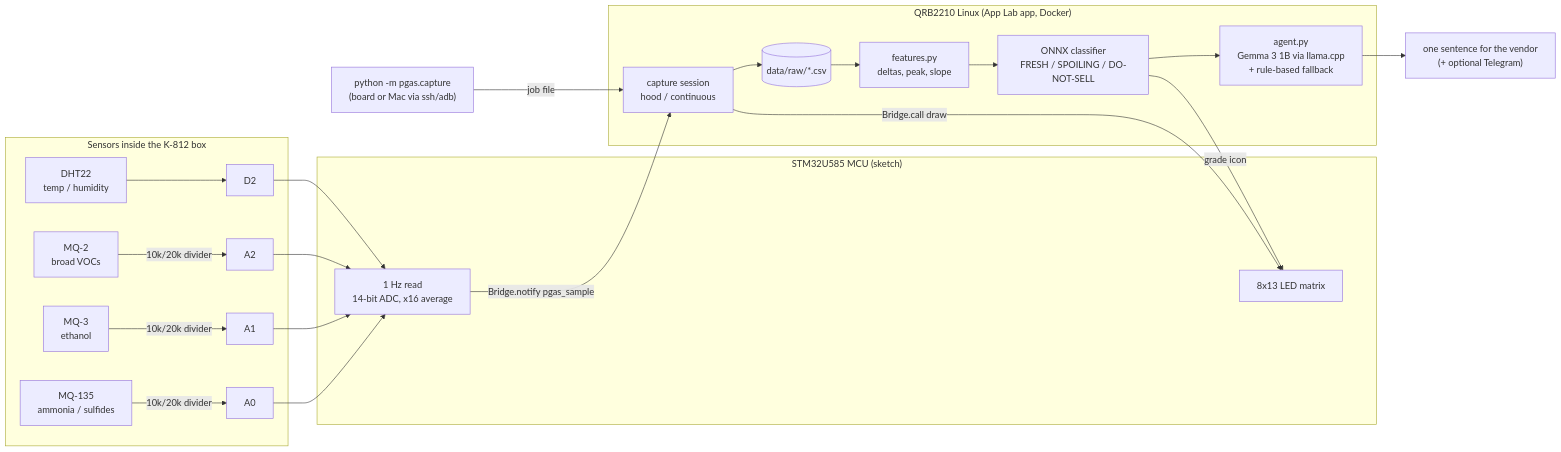
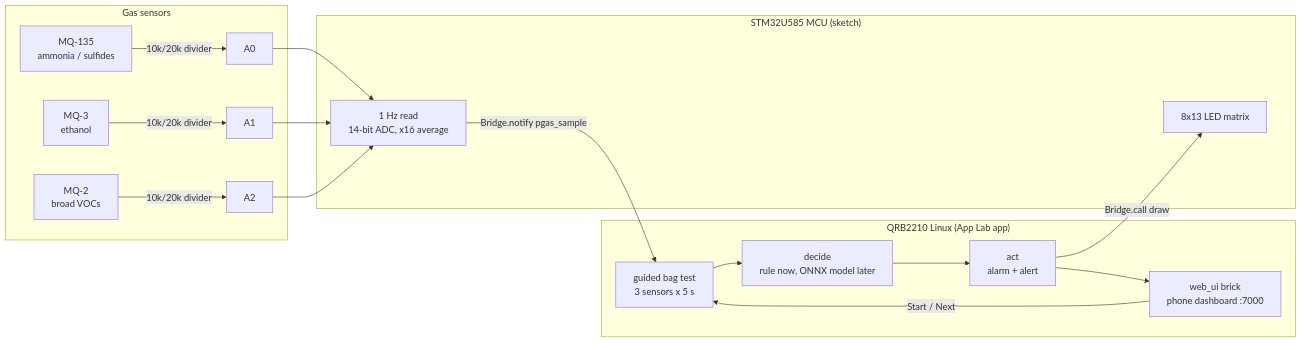
Before and after one commit to PGASlab/app: the diagram in README.md, drawn with Mermaid. The commit also changed other lines of this file and 14 other files, not shown here.

````diff
--- a/README.md
+++ b/README.md
@@ -32,24 +87,20 @@
 ```mermaid
 flowchart LR
-  subgraph Sensors["Sensors inside the K-812 box"]
+  subgraph Sensors["Gas sensors"]
     MQ135["MQ-135<br/>ammonia / sulfides"] -->|"10k/20k divider"| A0
     MQ3["MQ-3<br/>ethanol"] -->|"10k/20k divider"| A1
     MQ2["MQ-2<br/>broad VOCs"] -->|"10k/20k divider"| A2
-    DHT["DHT22<br/>temp / humidity"] --> D2
   end
   subgraph MCU["STM32U585 MCU (sketch)"]
-    A0 & A1 & A2 & D2 --> READ["1 Hz read<br/>14-bit ADC, x16 average"]
+    A0 & A1 & A2 --> READ["1 Hz read<br/>14-bit ADC, x16 average"]
     MATRIX["8x13 LED matrix"]
   end
-  subgraph LINUX["QRB2210 Linux (App Lab app, Docker)"]
-    SESSION["capture session<br/>hood / continuous"] --> CSV[("data/raw/*.csv")]
-    CSV --> FEAT["features.py<br/>deltas, peak, slope"]
-    FEAT --> ONNX["ONNX classifier<br/>FRESH / SPOILING / DO-NOT-SELL"]
-    ONNX --> AGENT["agent.py<br/>Gemma 3 1B via llama.cpp<br/>+ rule-based fallback"]
+  subgraph LINUX["QRB2210 Linux (App Lab app)"]
+    WEB["web_ui brick<br/>phone dashboard :7000"] -->|"Start / Next"| BAG["guided bag test<br/>3 sensors x 5 s"]
+    BAG --> RULE["decide<br/>rule now, ONNX model later"]
+    RULE --> ACT["act<br/>alarm + alert"]
   end
-  READ -->|"Bridge.notify pgas_sample"| SESSION
-  SESSION -->|"Bridge.call draw"| MATRIX
-  ONNX -->|"grade icon"| MATRIX
-  AGENT --> ADVICE["one sentence for the vendor<br/>(+ optional Telegram)"]
-  CLI["python -m pgas.capture<br/>(board or Mac via ssh/adb)"] -->|"job file"| SESSION
+  READ -->|"Bridge.notify pgas_sample"| BAG
+  ACT -->|"Bridge.call draw"| MATRIX
+  ACT --> WEB
 ```
````
